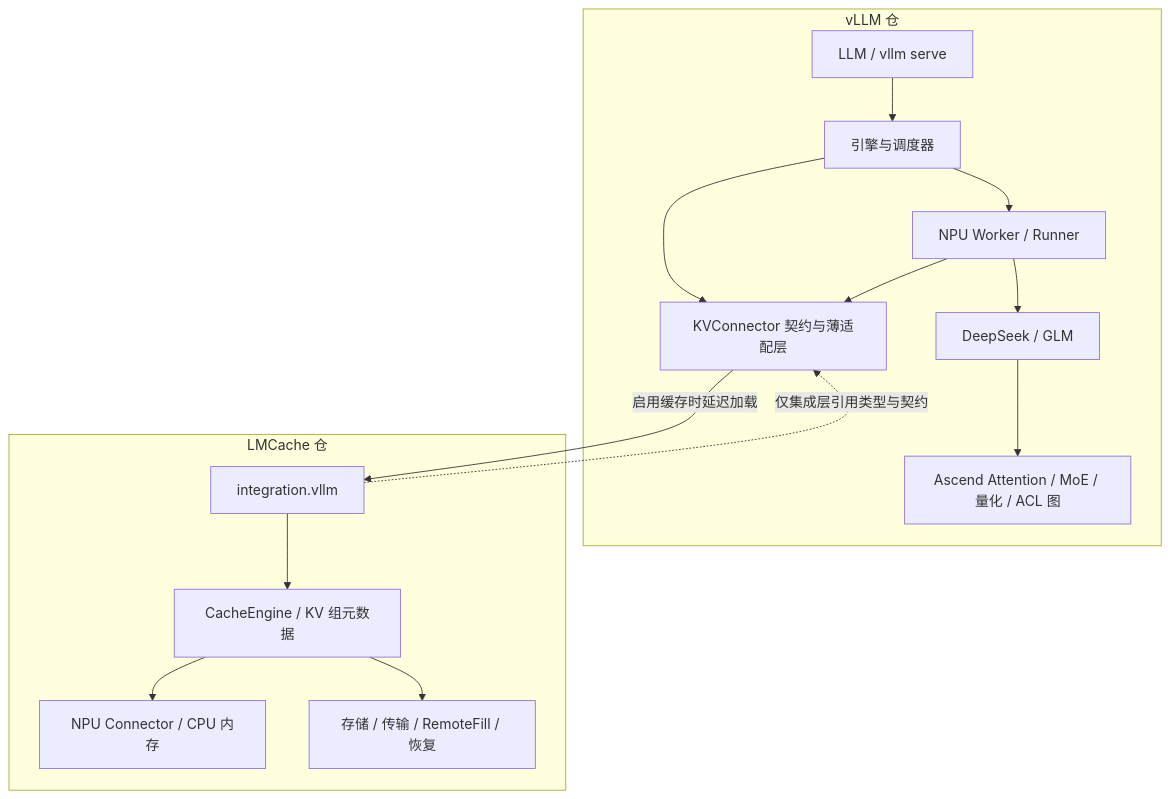
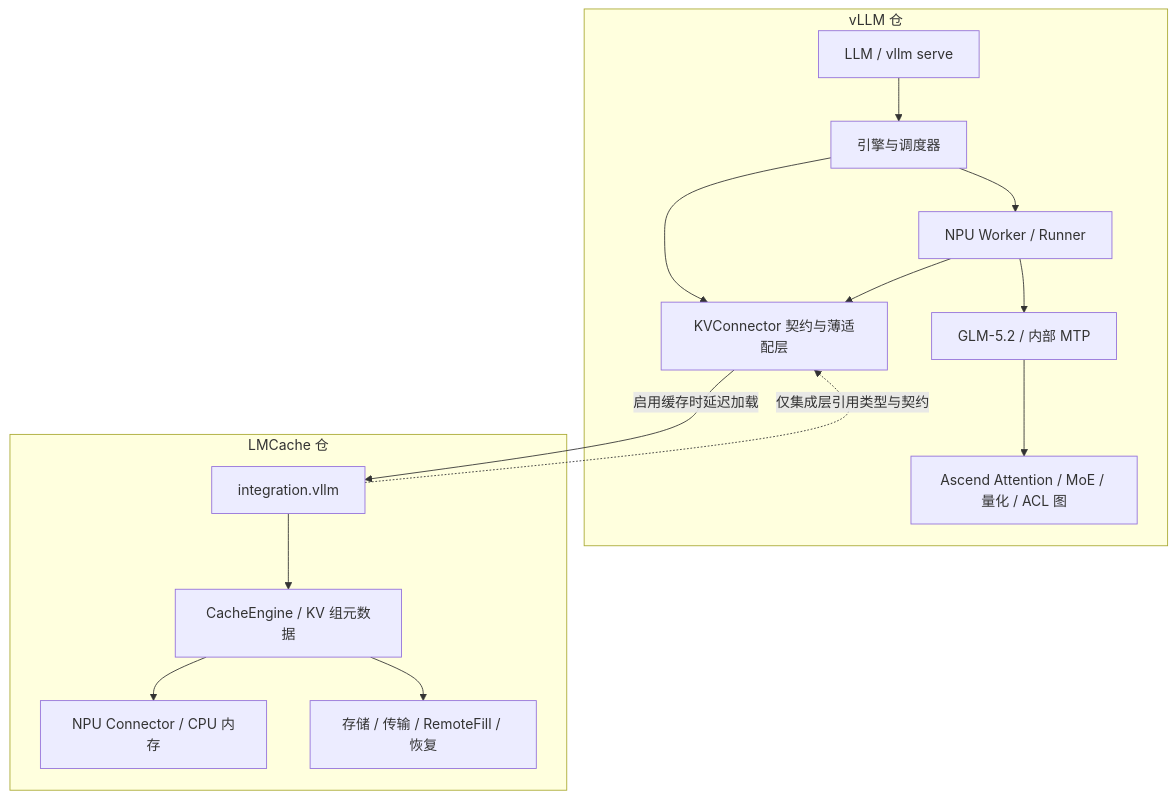
One commit to zhangzhaoju/FalconKV-Dual-Repository-Refactoring changed the diagram in 01-refactoring-design.md. Above: the diagram before and after it, drawn with Mermaid. The commit also changed other lines of this file and 30 other files, not shown here.

````diff
--- a/01-refactoring-design.md
+++ b/01-refactoring-design.md
@@ -79,18 +79,18 @@
 ```mermaid
 flowchart TB
     subgraph V[vLLM 仓]
       API[LLM / vllm serve] --> E[引擎与调度器]
       E --> W[NPU Worker / Runner]
-      W --> M[DeepSeek / GLM]
+      W --> M[GLM-5.2 / 内部 MTP]
       M --> N[Ascend Attention / MoE / 量化 / ACL 图]
       E --> K[KVConnector 契约与薄适配层]
       W --> K
     end
     subgraph L[LMCache 仓]
       I[integration.vllm] --> C[CacheEngine / KV 组元数据]
       C --> D[NPU Connector / CPU 内存]
       C --> S[存储 / 传输 / RemoteFill / 恢复]
     end
     K -->|启用缓存时延迟加载| I
     I -.仅集成层引用类型与契约.-> K
 ```
````
